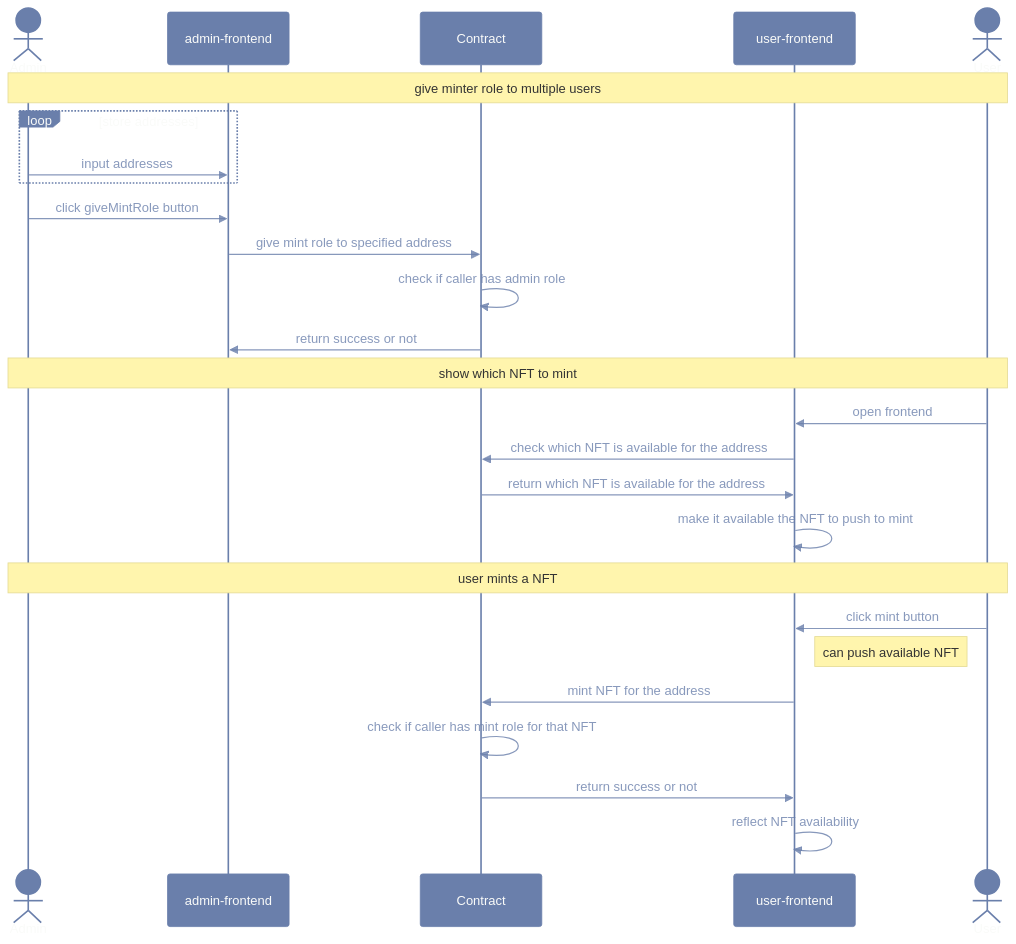
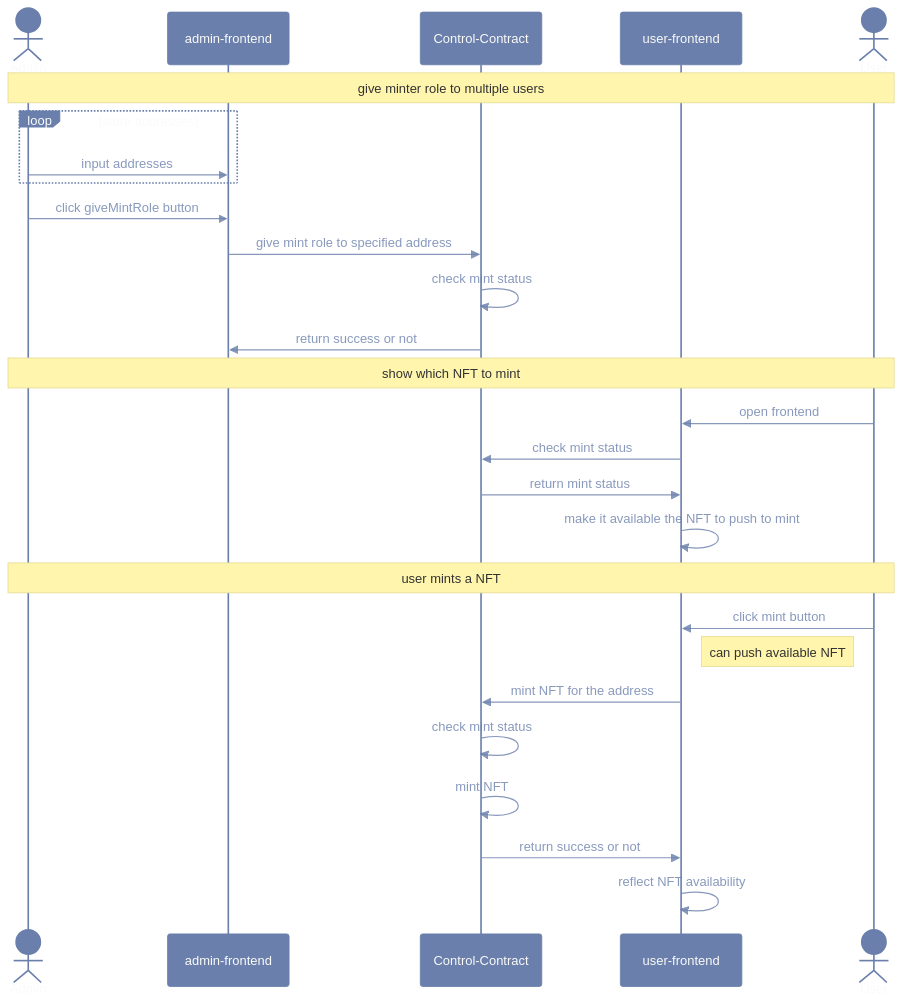
One commit to honganji/NFT-Distribution-daigram changed the first of 3 diagrams in NFT-distribution-diagram.md. Above: the diagram before and after it, drawn with Mermaid. The commit also changed other lines of this file, not shown here.

Commit message:
made sequence and class diagram

````diff
--- a/NFT-distribution-diagram.md
+++ b/NFT-distribution-diagram.md
@@ -1,29 +1,30 @@
 ```mermaid
 %%{init:{'theme':'base','themeVariables':{'primaryColor':'#6A7FAB','primaryTextColor':'#FAFBF9','primaryBorderColor':'#6A7FAB','lineColor':'#6A7FABCC','textColor':'#6A7FABCC','fontSize':'20px'}}}%%
 sequenceDiagram
     actor A as Admin
     participant AF as admin-frontend
-    participant C as Contract
+    participant CC as Control-Contract
     participant UF as user-frontend
     actor U as User
     Note over A,U: give minter role to multiple users
     loop store addresses
         A->>AF: input addresses
     end
     A->>AF: click giveMintRole button
-    AF->>C: give mint role to specified address
-    C->>C: check if caller has admin role
-    C->>AF: return success or not
+    AF->>CC: give mint role to specified address
+    CC->>CC: check mint status
+    CC->>AF: return success or not
     Note over A,U: show which NFT to mint
     U->>UF: open frontend
-    UF->>C: check which NFT is available for the address
-    C->>UF: return which NFT is available for the address
+    UF->>CC: check mint status
+    CC->>UF: return mint status
     UF->>UF: make it available the NFT to push to mint
     Note over A,U: user mints a NFT
     U->>UF: click mint button
     Note right of UF: can push available NFT
-    UF->>C: mint NFT for the address
-    C->>C: check if caller has mint role for that NFT
-    C->>UF: return success or not
+    UF->>CC: mint NFT for the address
+    CC->>CC: check mint status
+    CC->>CC: mint NFT
+    CC->>UF: return success or not
     UF->>UF: reflect NFT availability
 ```
````
